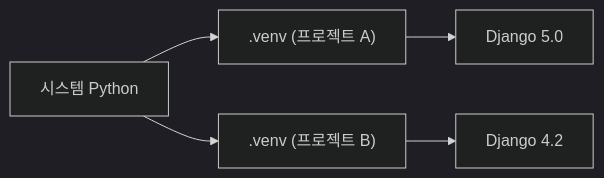
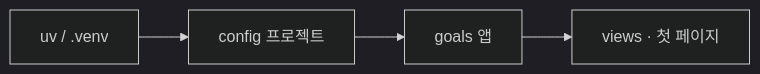
The first of 3 diagrams in lessons/day-001.md (dong3789/django-academy), drawn with Mermaid (dark theme) before and after one commit. The commit also changed other lines of this file and 5 other files, not shown here.

First line of the commit message:
Project-first teaching: Goals dashboard roadmap, Pyodide runners, Day 1 rewrite

````diff
--- a/lessons/day-001.md
+++ b/lessons/day-001.md
@@ -43,7 +87,6 @@
 ```mermaid
 flowchart LR
-  P[시스템 Python] --> A[".venv (프로젝트 A)"]
-  P --> B[".venv (프로젝트 B)"]
-  A --> DA["Django 5.0"]
-  B --> DB["Django 4.2"]
+  U[uv / .venv] --> P[config 프로젝트]
+  P --> G[goals 앱]
+  G --> V[views · 첫 페이지]
 ```
````
